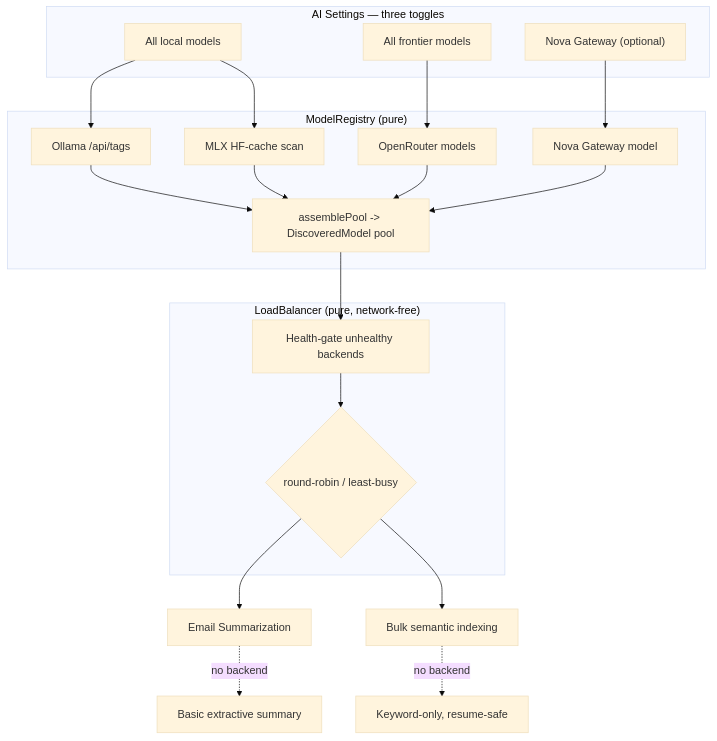
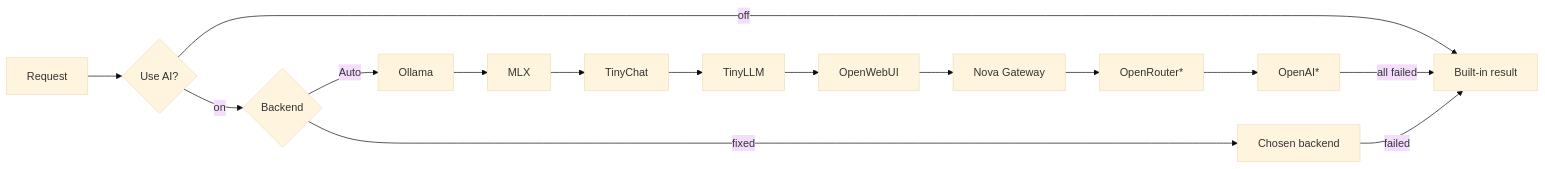
One commit to kochj23/MBox-Explorer changed the second of 2 diagrams in README.md. Above: the diagram before and after it, drawn with Mermaid (base theme). The commit also changed other lines of this file and 9 other files, not shown here.

````diff
--- a/README.md
+++ b/README.md
@@ -144,30 +69,10 @@
 ```mermaid
-graph TD
-    subgraph Toggles["AI Settings — three toggles"]
-        T1[All local models]
-        T2[All frontier models]
-        T3["Nova Gateway (optional)"]
-    end
-
-    subgraph Discovery["ModelRegistry (pure)"]
-        T1 --> O[Ollama /api/tags]
-        T1 --> X[MLX HF-cache scan]
-        T2 --> R[OpenRouter models]
-        T3 --> NG[Nova Gateway model]
-        O --> P[assemblePool -> DiscoveredModel pool]
-        X --> P
-        R --> P
-        NG --> P
-    end
-
-    subgraph Balance["LoadBalancer (pure, network-free)"]
-        P --> HG[Health-gate unhealthy backends]
-        HG --> LB{round-robin / least-busy}
-    end
-
-    LB --> S[Email Summarization]
-    LB --> IDX[Bulk semantic indexing]
-
-    S -.->|no backend| SF[Basic extractive summary]
-    IDX -.->|no backend| KW[Keyword-only, resume-safe]
+graph LR
+    R[Request] --> T{Use AI?}
+    T -->|off| B[Built-in result]
+    T -->|on| AUTO{Backend}
+    AUTO -->|Auto| O[Ollama] --> M[MLX] --> TC[TinyChat] --> TL[TinyLLM] --> OW[OpenWebUI] --> NG[Nova Gateway] --> OR[OpenRouter*] --> OA[OpenAI*]
+    AUTO -->|fixed| ONE[Chosen backend]
+    OA -->|all failed| B
+    ONE -->|failed| B
 ```
````
